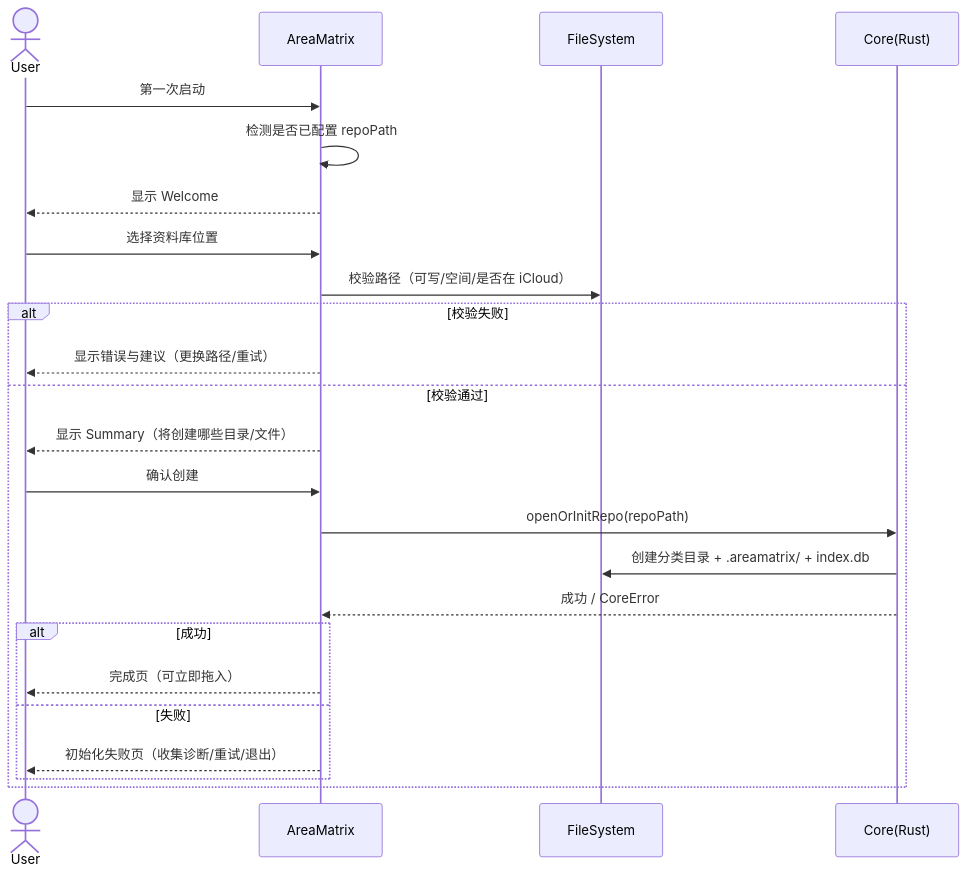
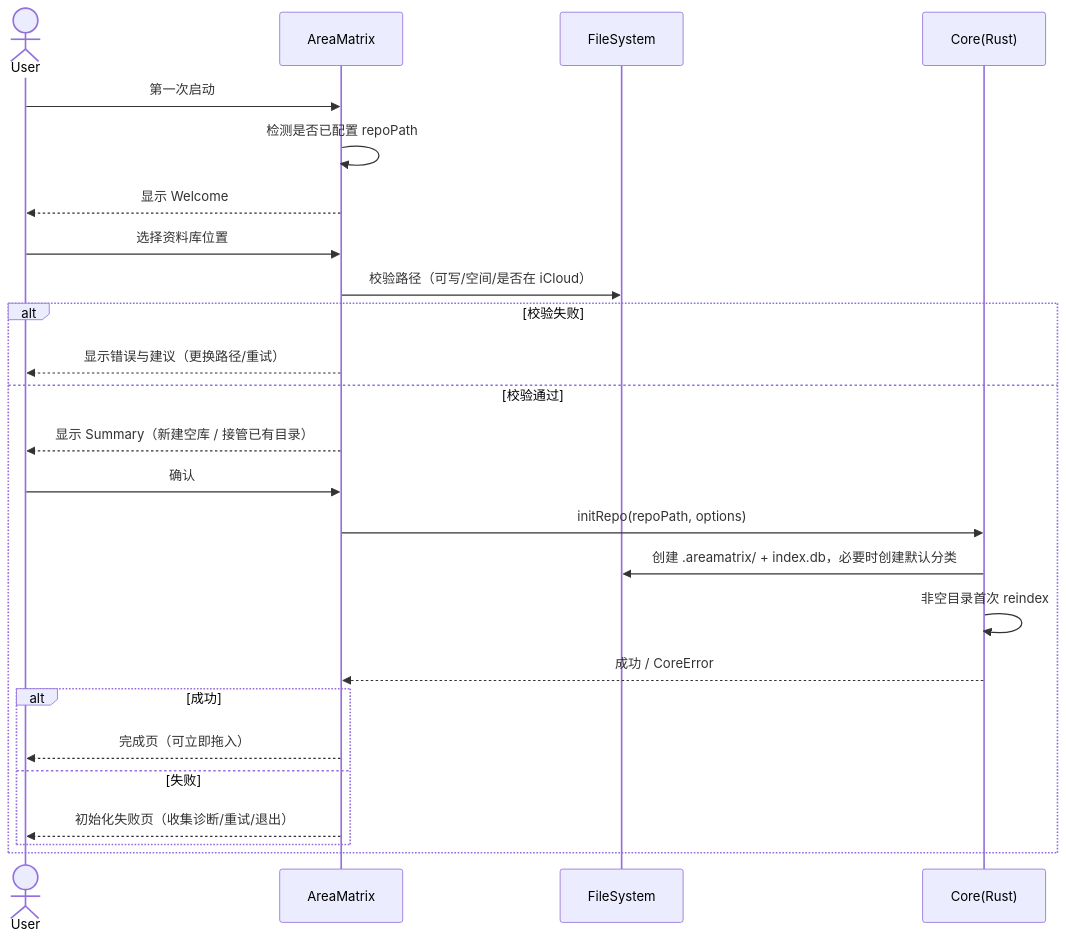
Before and after one commit to AreaSong/AreaMatrix: the first of 2 diagrams in docs/ux/first-launch.md, drawn with Mermaid. The commit also changed other lines of this file and 38 other files, not shown here.

````diff
--- a/docs/ux/first-launch.md
+++ b/docs/ux/first-launch.md
@@ -48,28 +50,29 @@
 ```mermaid
 sequenceDiagram
     actor User
     participant App as AreaMatrix
     participant FS as FileSystem
     participant Core as Core(Rust)
 
     User->>App: 第一次启动
     App->>App: 检测是否已配置 repoPath
     App-->>User: 显示 Welcome
 
     User->>App: 选择资料库位置
     App->>FS: 校验路径（可写/空间/是否在 iCloud）
     alt 校验失败
         App-->>User: 显示错误与建议（更换路径/重试）
     else 校验通过
-        App-->>User: 显示 Summary（将创建哪些目录/文件）
-        User->>App: 确认创建
-        App->>Core: openOrInitRepo(repoPath)
-        Core->>FS: 创建分类目录 + .areamatrix/ + index.db
+        App-->>User: 显示 Summary（新建空库 / 接管已有目录）
+        User->>App: 确认
+        App->>Core: initRepo(repoPath, options)
+        Core->>FS: 创建 .areamatrix/ + index.db，必要时创建默认分类
+        Core->>Core: 非空目录首次 reindex
         Core-->>App: 成功 / CoreError
         alt 成功
             App-->>User: 完成页（可立即拖入）
         else 失败
             App-->>User: 初始化失败页（收集诊断/重试/退出）
         end
     end
 ```
````
